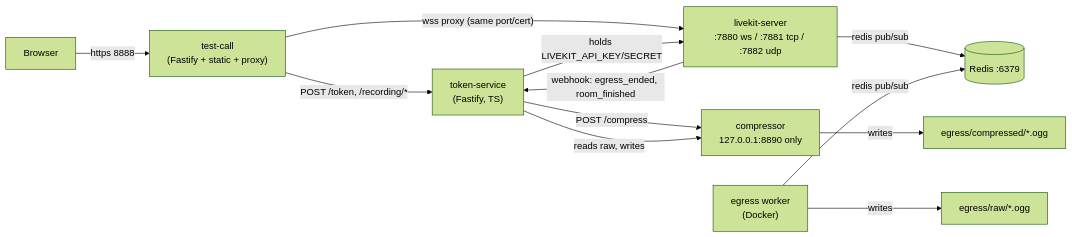
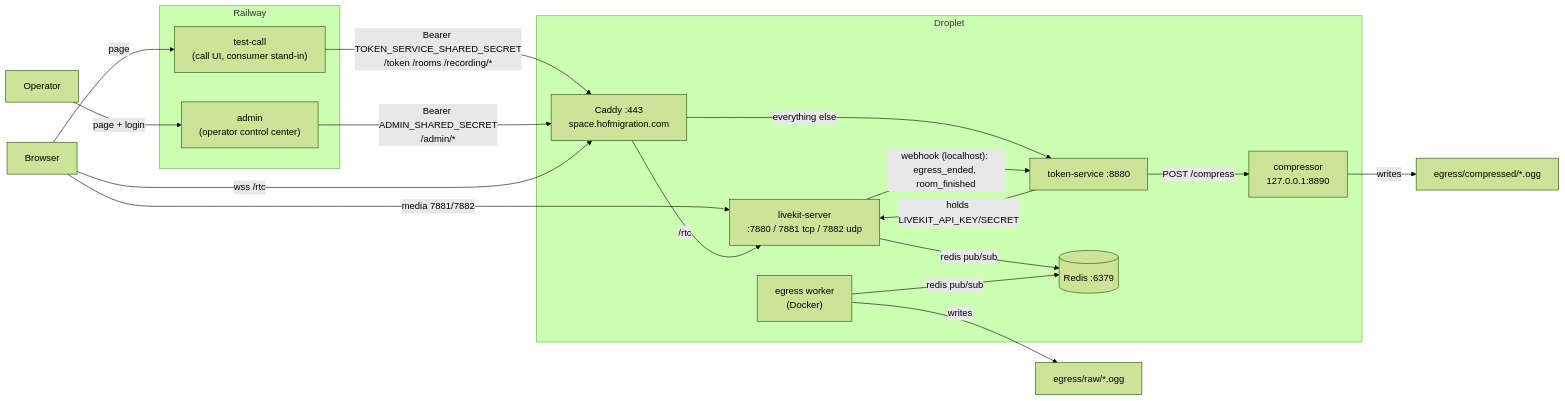
Before and after one commit to mustafa-bhatti12/spaces: the diagram in AGENTS.md, drawn with Mermaid (forest theme). The commit also changed other lines of this file and 18 other files, not shown here.

First line of the commit message:
Lock down public deployment and add admin control center

````diff
--- a/AGENTS.md
+++ b/AGENTS.md
@@ -21,14 +21,30 @@
 ```mermaid
 graph LR
-  Browser -->|https 8888| TC["test-call\n(Fastify + static + proxy)"]
-  TC -->|"POST /token, /recording/*"| TS["token-service\n(Fastify, TS)"]
-  TC -->|"wss proxy (same port/cert)"| LK["livekit-server\n:7880 ws / :7881 tcp / :7882 udp"]
+  subgraph Railway
+    TC["test-call\n(call UI, consumer stand-in)"]
+    AD["admin\n(operator control center)"]
+  end
+  subgraph Droplet
+    CA["Caddy :443\nspace.hofmigration.com"]
+    TS["token-service :8880"]
+    LK["livekit-server\n:7880 / 7881 tcp / 7882 udp"]
+    CO["compressor\n127.0.0.1:8890"]
+    RD[(Redis :6379)]
+    EG["egress worker\n(Docker)"]
+  end
+  Browser -->|page| TC
+  Operator -->|page + login| AD
+  TC -->|"Bearer TOKEN_SERVICE_SHARED_SECRET\n/token /rooms /recording/*"| CA
+  AD -->|"Bearer ADMIN_SHARED_SECRET\n/admin/*"| CA
+  Browser -->|"wss /rtc"| CA
+  Browser -->|"media 7881/7882"| LK
+  CA -->|/rtc| LK
+  CA -->|everything else| TS
   TS -->|holds LIVEKIT_API_KEY/SECRET| LK
-  TS -->|"POST /compress"| CO["compressor\n127.0.0.1:8890 only"]
-  LK -->|redis pub/sub| RD[(Redis :6379)]
-  EG["egress worker\n(Docker)"] -->|redis pub/sub| RD
+  LK -->|redis pub/sub| RD
+  EG -->|redis pub/sub| RD
   EG -->|writes| RAW[egress/raw/*.ogg]
-  LK -->|"webhook: egress_ended, room_finished"| TS
-  TS -->|reads raw, writes| CO
+  LK -->|"webhook (localhost): egress_ended, room_finished"| TS
+  TS -->|"POST /compress"| CO
   CO -->|writes| COMP[egress/compressed/*.ogg]
 ```
````
